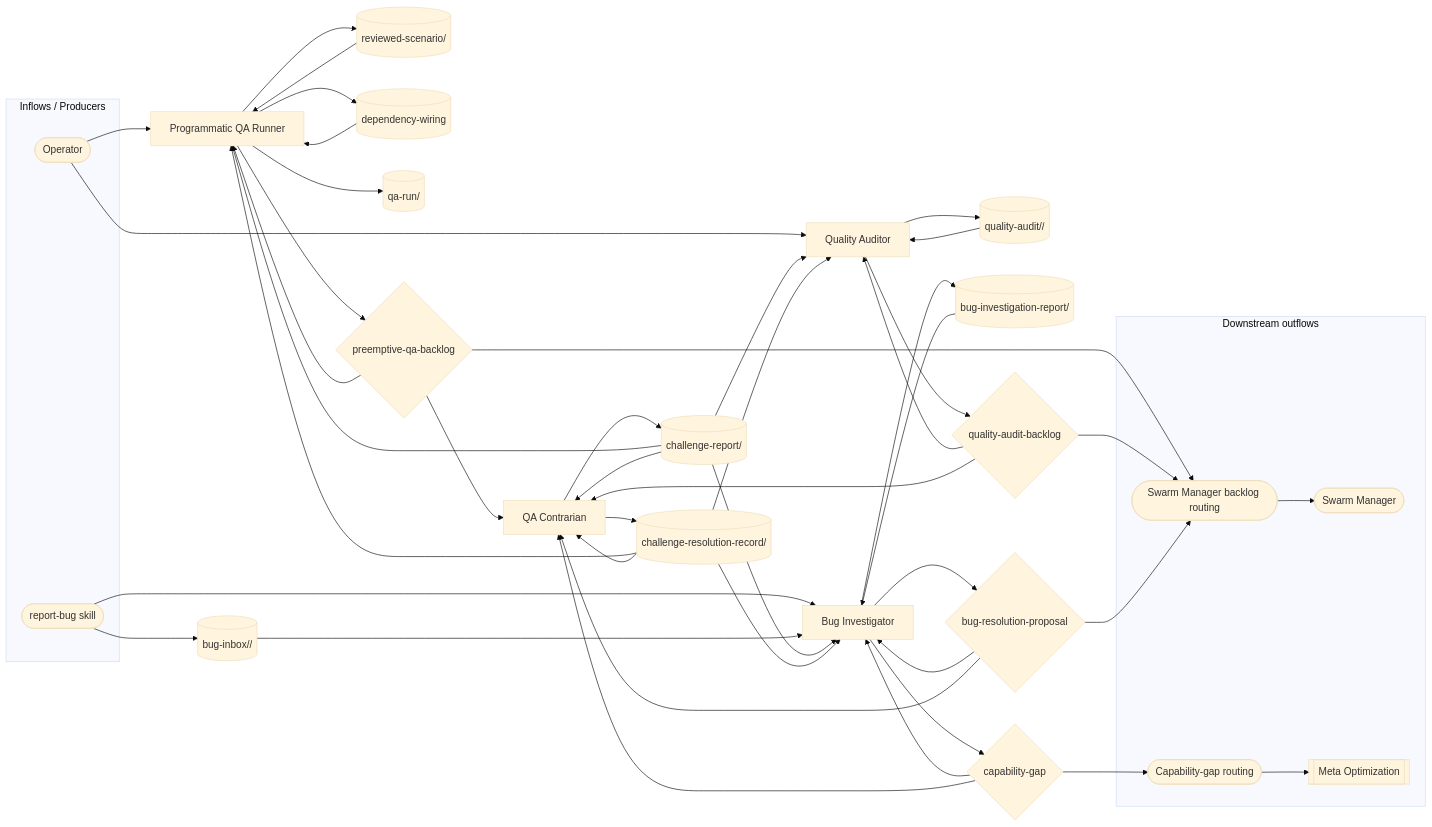
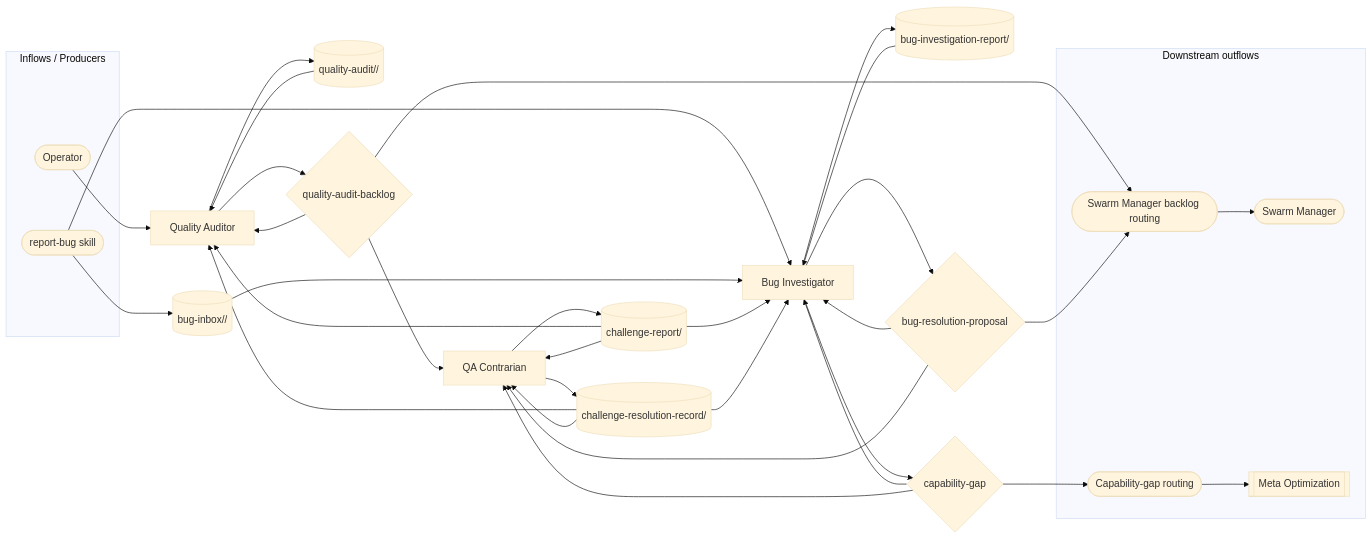
Before and after one commit to Vrooli/Vrooli: the diagram in docs/scenario-qa/operating/OPERATING_MODEL.md, drawn with Mermaid (base theme). The commit also changed other lines of this file and 61 other files, not shown here.

Commit message:
Automated screaming architecture refactoring p23

```diff
--- a/docs/scenario-qa/operating/OPERATING_MODEL.md
+++ b/docs/scenario-qa/operating/OPERATING_MODEL.md
@@ -60,8 +61,6 @@
   end
 
   %% Members
-  %% @node PQR member:programmatic-qa-runner
-  PQR[Programmatic QA Runner]
   %% @node QA member:quality-auditor
   QA[Quality Auditor]
   %% @node BI member:bug-investigator
@@ -70,12 +69,6 @@
   QC[QA Contrarian]
 
   %% Topics
-  %% @node REVIEWED topic:reviewed-scenario/<scenario-id>
-  REVIEWED[(reviewed-scenario/<scenario-id>)]
-  %% @node DEP topic:dependency-wiring
-  DEP[(dependency-wiring)]
-  %% @node QARUN topic:qa-run/<scenario-id>
-  QARUN[(qa-run/<scenario-id>)]
   %% @node QUAUD topic:quality-audit/<scenario-id>/<skill-id>
   QUAUD[(quality-audit/<scenario-id>/<skill-id>)]
   %% @node BUGIN topic:bug-inbox/<signal-type>/<slug>
@@ -88,8 +81,6 @@
   RES[(challenge-resolution-record/<slug>)]
 
   %% Decisions
-  %% @node PRE decision:preemptive-qa-backlog
-  PRE{preemptive-qa-backlog}
   %% @node QBACK decision:quality-audit-backlog
   QBACK{quality-audit-backlog}
   %% @node BUGDEC decision:bug-resolution-proposal
@@ -107,18 +98,6 @@
     %% @node META team:meta-optimization
     META[[Meta Optimization]]
   end
-
-  %% Programmatic readiness
-  OP --> PQR
-  REVIEWED --> PQR
-  DEP --> PQR
-  CHAL --> PQR
-  RES --> PQR
-  PRE --> PQR
-  PQR --> REVIEWED
-  PQR --> DEP
-  PQR --> QARUN
-  PQR --> PRE
 
   %% Structural audit
   OP --> QA
@@ -145,7 +124,6 @@
   %% Contrarian review
   CHAL --> QC
   RES --> QC
-  PRE --> QC
   QBACK --> QC
   BUGDEC --> QC
   CAP --> QC
@@ -153,7 +131,6 @@
   QC --> RES
 
   %% Downstream effects
-  PRE --> BACKLOG
   QBACK --> BACKLOG
   BUGDEC --> BACKLOG
   BACKLOG --> SWARM
```
